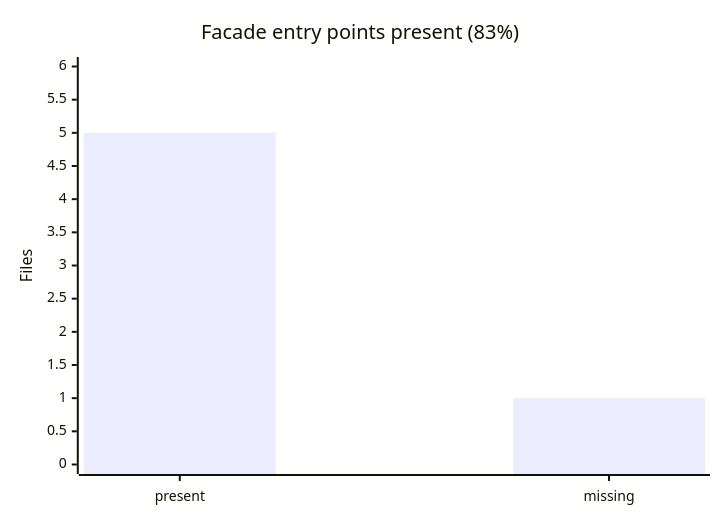
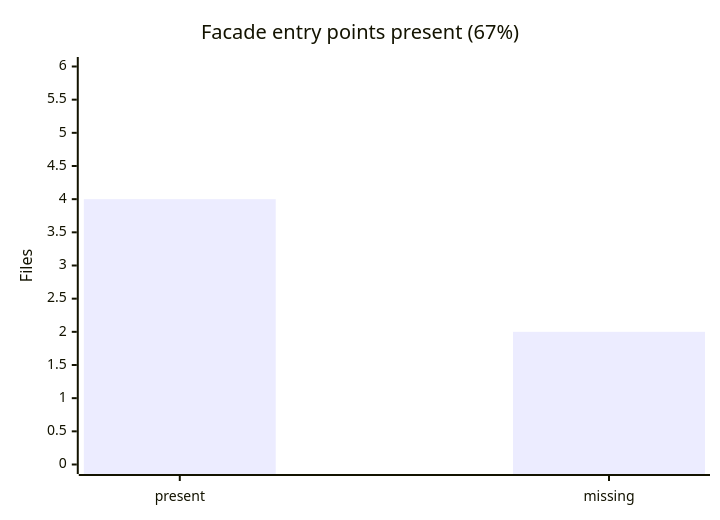
Before and after one commit to Mohammed-Alama/php-arazzo: the diagram in docs/generated/modularization-progress.md, drawn with Mermaid. The commit also changed other lines of this file and 138 other files, not shown here.

````diff
--- a/docs/generated/modularization-progress.md
+++ b/docs/generated/modularization-progress.md
@@ -16,7 +16,7 @@
 ```mermaid
 xychart-beta
-    title "Facade entry points present (83%)"
+    title "Facade entry points present (67%)"
     x-axis ["present", "missing"]
     y-axis "Files" 0 --> 6
-    bar [5, 1]
+    bar [4, 2]
 ```
````
